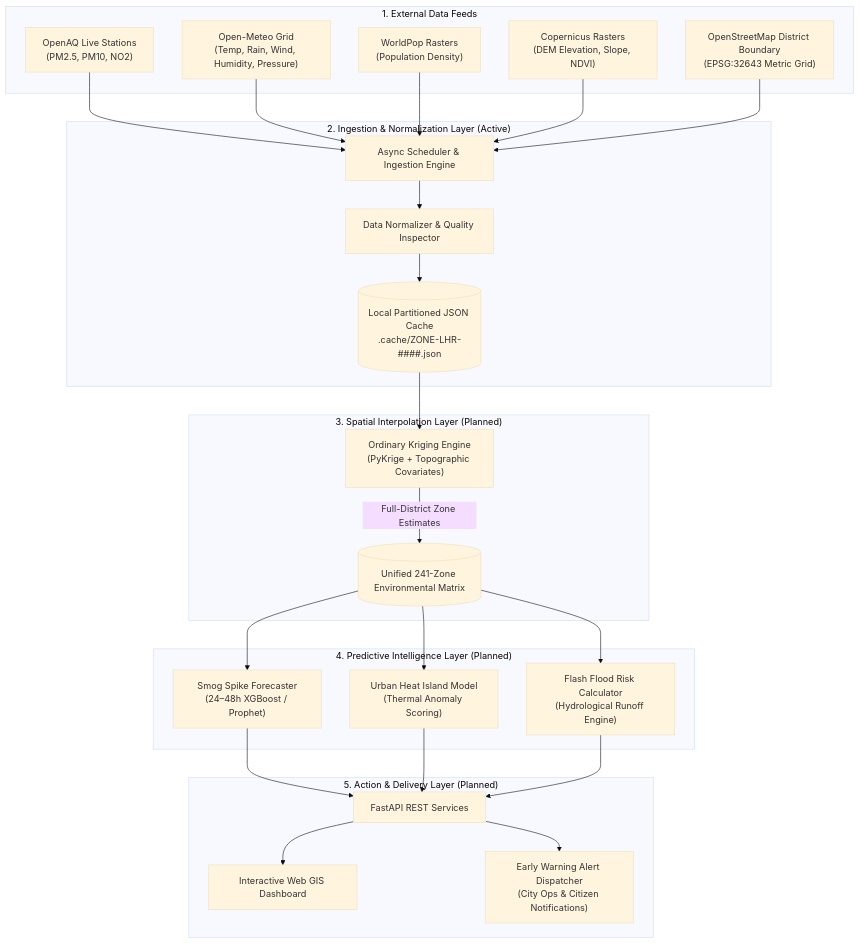
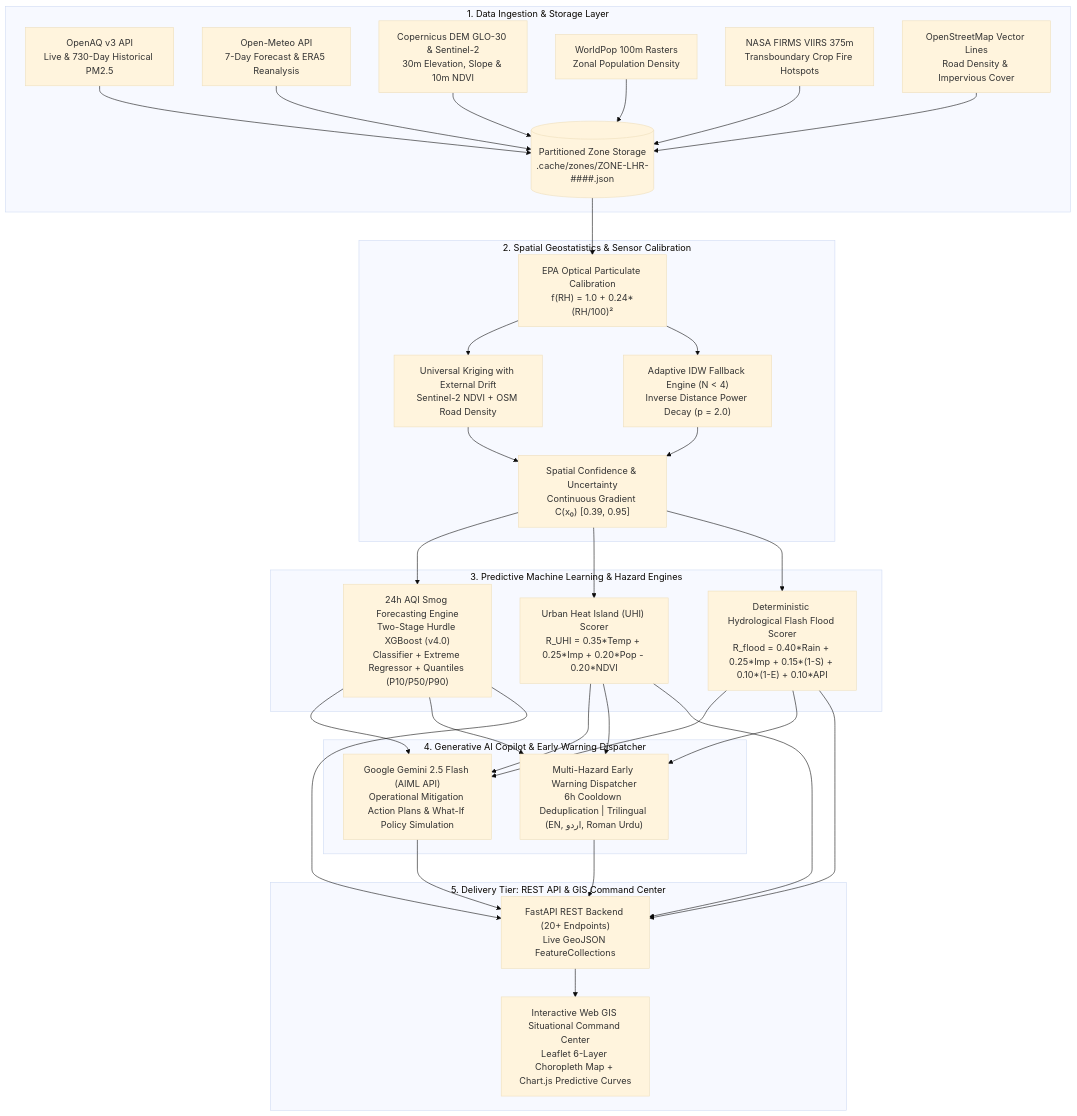
Before and after one commit to codedbyasim/AeroCast-AI-Driven-Urban-Risk-Intelligence-Platform: the diagram in README.md, drawn with Mermaid (base theme). The commit also changed other lines of this file and 108 other files, not shown here.

Commit message:
feat(aerocast): complete multi-hazard urban risk intelligence platform for Lahore with GIS dashboard, ML hurdle forecasting, UHI, flood modeling, GenAI copilot, and technical docs

````diff
--- a/README.md
+++ b/README.md
@@ -20,52 +23,40 @@
 ```mermaid
 flowchart TD
-    subgraph SOURCING ["1. External Data Feeds"]
-        OA["OpenAQ Live Stations<br>(PM2.5, PM10, NO2)"]
-        OM["Open-Meteo Grid<br>(Temp, Rain, Wind, Humidity, Pressure)"]
-        WP["WorldPop Rasters<br>(Population Density)"]
-        CP["Copernicus Rasters<br>(DEM Elevation, Slope, NDVI)"]
-        OSM["OpenStreetMap District Boundary<br>(EPSG:32643 Metric Grid)"]
+    subgraph INGESTION ["1. Data Ingestion & Storage Layer"]
+        OA["OpenAQ v3 API<br>Live & 730-Day Historical PM2.5"]
+        OM["Open-Meteo API<br>7-Day Forecast & ERA5 Reanalysis"]
+        CP["Copernicus DEM GLO-30 & Sentinel-2<br>30m Elevation, Slope & 10m NDVI"]
+        WP["WorldPop 100m Rasters<br>Zonal Population Density"]
+        FIRMS["NASA FIRMS VIIRS 375m<br>Transboundary Crop Fire Hotspots"]
+        OSM["OpenStreetMap Vector Lines<br>Road Density & Impervious Cover"]
+        CACHE[("Partitioned Zone Storage<br>.cache/zones/ZONE-LHR-####.json")]
+        OA & OM & CP & WP & FIRMS & OSM --> CACHE
     end
 
-    subgraph INGESTION ["2. Ingestion & Normalization Layer (Active)"]
-        SCHED["Async Scheduler & Ingestion Engine"]
-        NORM["Data Normalizer & Quality Inspector"]
-        CACHE[("Local Partitioned JSON Cache<br>.cache/ZONE-LHR-####.json")]
-
-        OA --> SCHED
-        OM --> SCHED
-        WP --> SCHED
-        CP --> SCHED
-        OSM --> SCHED
-        SCHED --> NORM
-        NORM --> CACHE
+    subgraph GEOSTATISTICS ["2. Spatial Geostatistics & Sensor Calibration"]
+        CALIB["EPA Optical Particulate Calibration<br>f(RH) = 1.0 + 0.24*(RH/100)²"]
+        UK["Universal Kriging with External Drift<br>Sentinel-2 NDVI + OSM Road Density"]
+        IDW["Adaptive IDW Fallback Engine (N < 4)<br>Inverse Distance Power Decay (p = 2.0)"]
+        CONF["Spatial Confidence & Uncertainty<br>Continuous Gradient C(x₀) [0.39, 0.95]"]
+        CACHE --> CALIB --> UK & IDW --> CONF
     end
 
-    subgraph SPATIAL ["3. Spatial Interpolation Layer (Planned)"]
-        KRIG["Ordinary Kriging Engine<br>(PyKrige + Topographic Covariates)"]
-        CACHE --> KRIG
-        KRIG -->|"Full-District Zone Estimates"| UNIFIED[("Unified 241-Zone Environmental Matrix")]
+    subgraph INTELLIGENCE ["3. Predictive Machine Learning & Hazard Engines"]
+        SMOG["24h AQI Smog Forecasting Engine<br>Two-Stage Hurdle XGBoost (v4.0)<br>Classifier + Extreme Regressor + Quantiles (P10/P50/P90)"]
+        UHI["Urban Heat Island (UHI) Scorer<br>R_UHI = 0.35*Temp + 0.25*Imp + 0.20*Pop - 0.20*NDVI"]
+        FLOOD["Deterministic Hydrological Flash Flood Scorer<br>R_flood = 0.40*Rain + 0.25*Imp + 0.15*(1-S) + 0.10*(1-E) + 0.10*API"]
+        CONF --> SMOG & UHI & FLOOD
     end
 
-    subgraph ML_TIER ["4. Predictive Intelligence Layer (Planned)"]
-        SMOG["Smog Spike Forecaster<br>(24–48h XGBoost / Prophet)"]
-        HEAT["Urban Heat Island Model<br>(Thermal Anomaly Scoring)"]
-        FLOOD["Flash Flood Risk Calculator<br>(Hydrological Runoff Engine)"]
-
-        UNIFIED --> SMOG
-        UNIFIED --> HEAT
-        UNIFIED --> FLOOD
+    subgraph COPILOT ["4. Generative AI Copilot & Early Warning Dispatcher"]
+        GEMINI["Google Gemini 2.5 Flash (AIML API)<br>Operational Mitigation Action Plans & What-If Policy Simulation"]
+        ALERTS["Multi-Hazard Early Warning Dispatcher<br>6h Cooldown Deduplication | Trilingual (EN, اردو, Roman Urdu)"]
+        SMOG & UHI & FLOOD --> GEMINI & ALERTS
     end
 
-    subgraph ACTION ["5. Action & Delivery Layer (Planned)"]
-        API["FastAPI REST Services"]
-        DASH["Interactive Web GIS Dashboard"]
-        ALERT["Early Warning Alert Dispatcher<br>(City Ops & Citizen Notifications)"]
-
-        SMOG --> API
-        HEAT --> API
-        FLOOD --> API
-        API --> DASH
-        API --> ALERT
+    subgraph DELIVERY ["5. Delivery Tier: REST API & GIS Command Center"]
+        API["FastAPI REST Backend (20+ Endpoints)<br>Live GeoJSON FeatureCollections"]
+        DASH["Interactive Web GIS Situational Command Center<br>Leaflet 6-Layer Choropleth Map + Chart.js Predictive Curves"]
+        GEMINI & ALERTS & SMOG & UHI & FLOOD --> API --> DASH
     end
 ```
````
